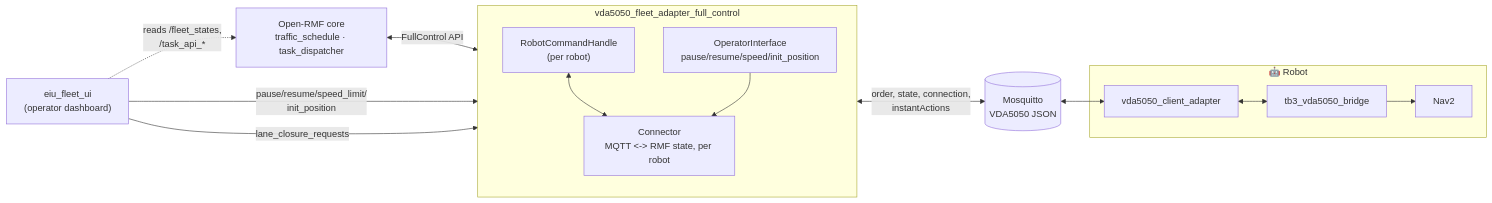
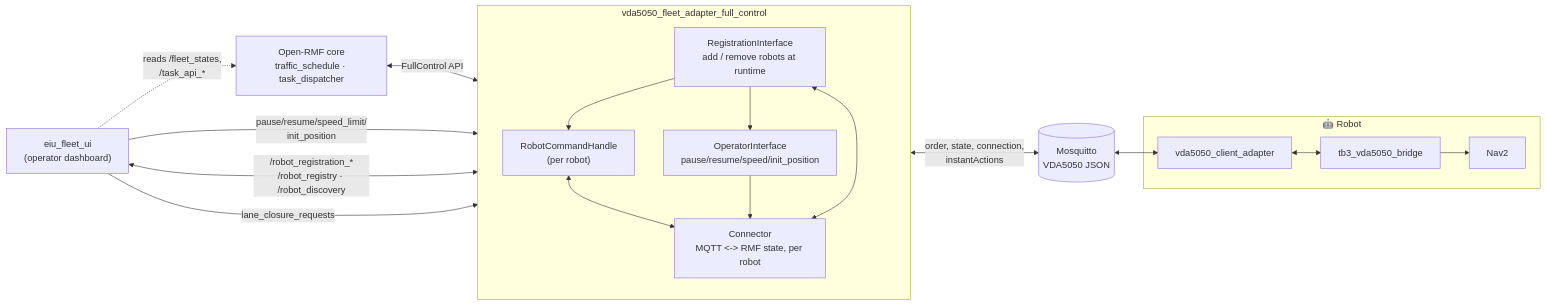
The first of 5 diagrams in vda5050_fleet_adapter_full_control/docs/architecture.md (NhatTran-97/eiu-vda5050-support-open-rmf), drawn with Mermaid before and after one commit. The commit also changed other lines of this file and 76 other files, not shown here.

Commit message:
vda5050_fleet_adapter_full_control: runtime registration, metrics, reliability hardening

````diff
--- a/vda5050_fleet_adapter_full_control/docs/architecture.md
+++ b/vda5050_fleet_adapter_full_control/docs/architecture.md
@@ -12,31 +12,35 @@
 ```mermaid
 flowchart LR
     RMF["Open-RMF core\ntraffic_schedule · task_dispatcher"]
 
     subgraph FA ["vda5050_fleet_adapter_full_control"]
         direction TB
         RCH["RobotCommandHandle\n(per robot)"]
         CN["Connector\nMQTT <-> RMF state, per robot"]
         OI["OperatorInterface\npause/resume/speed/init_position"]
+        RG["RegistrationInterface\nadd / remove robots at runtime"]
         RCH <--> CN
         OI --> CN
+        RG --> RCH & OI
+        RG <--> CN
     end
 
     MQ[("Mosquitto\nVDA5050 JSON")]
     UI["eiu_fleet_ui\n(operator dashboard)"]
 
     subgraph ROBOT ["🤖 Robot"]
         CA["vda5050_client_adapter"]
         BR["tb3_vda5050_bridge"]
         N2["Nav2"]
         CA <--> BR
         BR --> N2
     end
 
     RMF <-->|FullControl API| RCH
     CN <-->|order, state, connection,\ninstantActions| MQ
     MQ <--> CA
     UI -->|pause/resume/speed_limit/\ninit_position| OI
     UI -->|lane_closure_requests| FA
+    UI <-->|/robot_registration_*\n/robot_registry · /robot_discovery| RG
     UI -.->|reads /fleet_states,\n/task_api_*| RMF
 ```
````
